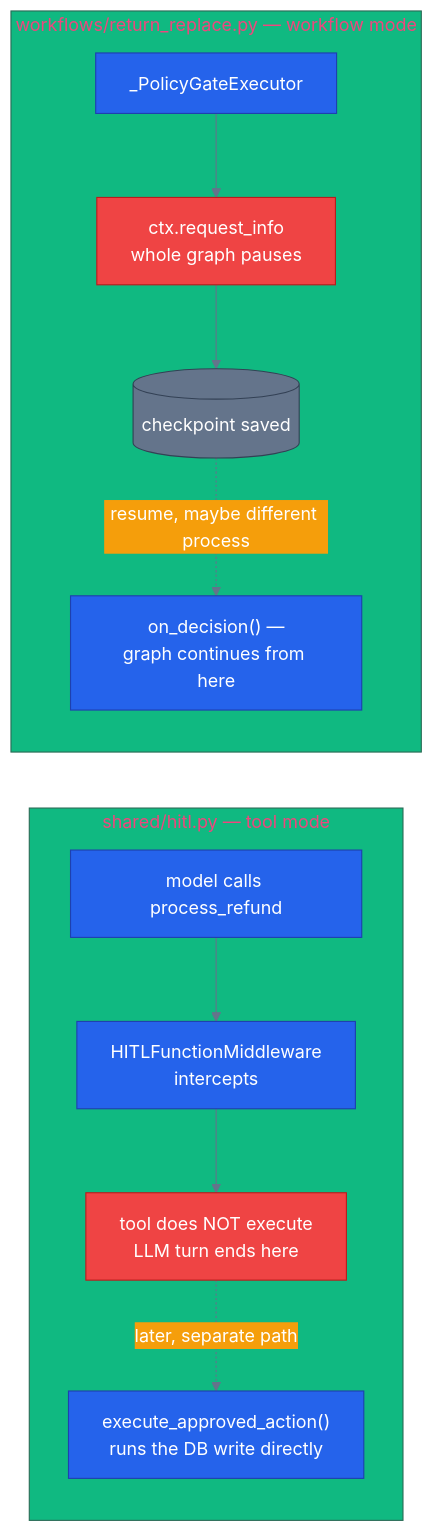
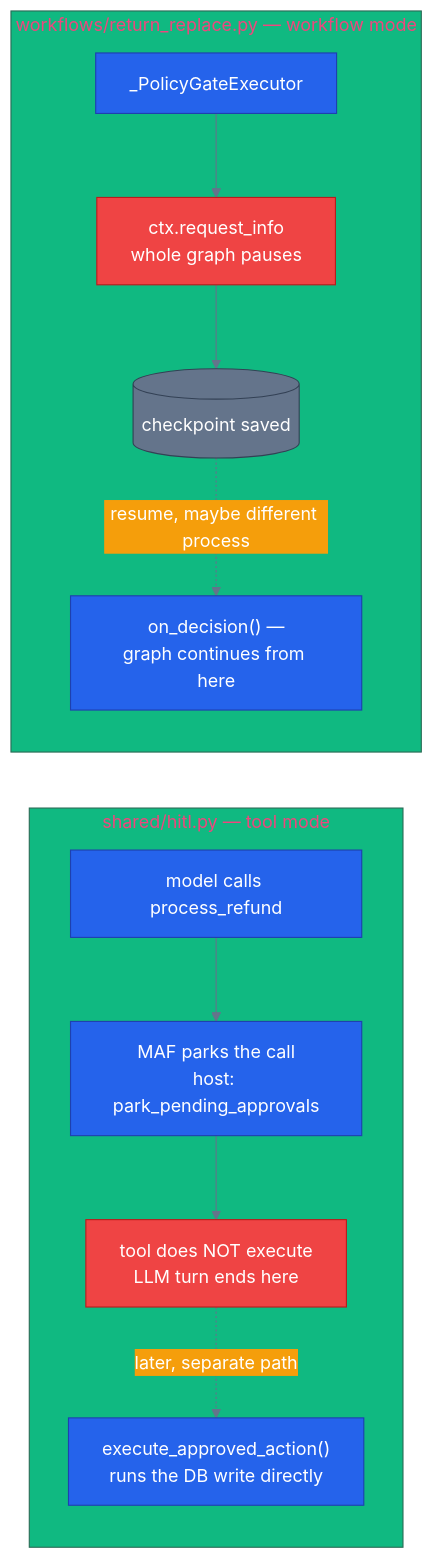
Before and after one commit to rakyma0228/eCommerce-agent: the diagram in docs/concepts/11-human-in-the-loop.md, drawn with Mermaid. The commit also changed other lines of this file and 12 other files, not shown here.

````diff
--- a/docs/concepts/11-human-in-the-loop.md
+++ b/docs/concepts/11-human-in-the-loop.md
@@ -64,27 +67,27 @@
 ```mermaid
 %%{init: {'theme':'base', 'themeVariables': {
   'primaryColor': '#2563eb','primaryTextColor': '#ffffff','primaryBorderColor': '#1e40af',
   'lineColor': '#64748b','secondaryColor': '#f59e0b','tertiaryColor': '#10b981',
   'background': 'transparent'}}}%%
 flowchart LR
   classDef core    fill:#2563eb,stroke:#1e40af,color:#ffffff
   classDef error   fill:#ef4444,stroke:#b91c1c,color:#ffffff
   classDef success fill:#10b981,stroke:#047857,color:#ffffff
   classDef infra   fill:#64748b,stroke:#334155,color:#ffffff
 
   subgraph mw["shared/hitl.py — tool mode"]
-    t1["model calls process_refund"] --> gate1["HITLFunctionMiddleware<br/>intercepts"]
+    t1["model calls process_refund"] --> gate1["MAF parks the call<br/>host: park_pending_approvals"]
     gate1 --> block["tool does NOT execute<br/>LLM turn ends here"]
     block -.later, separate path.-> exec["execute_approved_action()<br/>runs the DB write directly"]
   end
 
   subgraph wf["workflows/return_replace.py — workflow mode"]
     t2["_PolicyGateExecutor"] --> pause["ctx.request_info<br/>whole graph pauses"]
     pause --> cp[("checkpoint saved")]
     cp -.resume, maybe different process.-> resume["on_decision() —<br/>graph continues from here"]
   end
 
   class t1,t2,gate1,exec,resume core
   class block,pause error
   class cp infra
 ```
````
